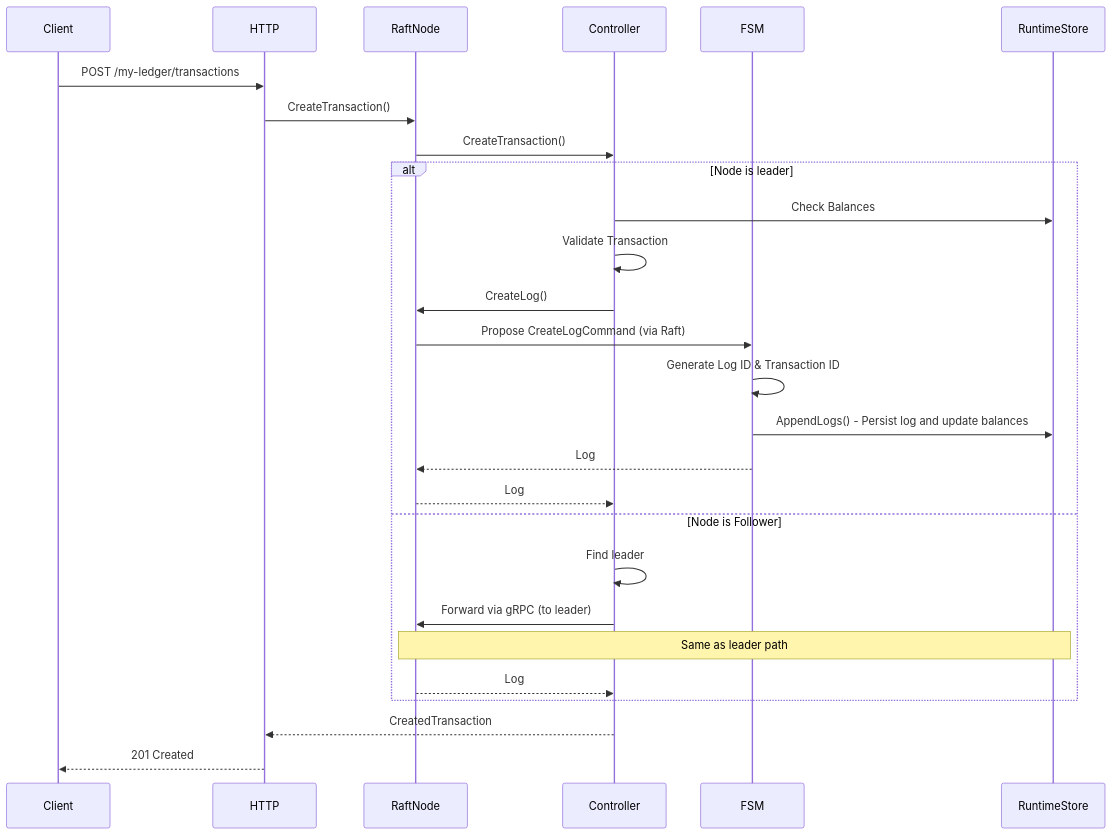
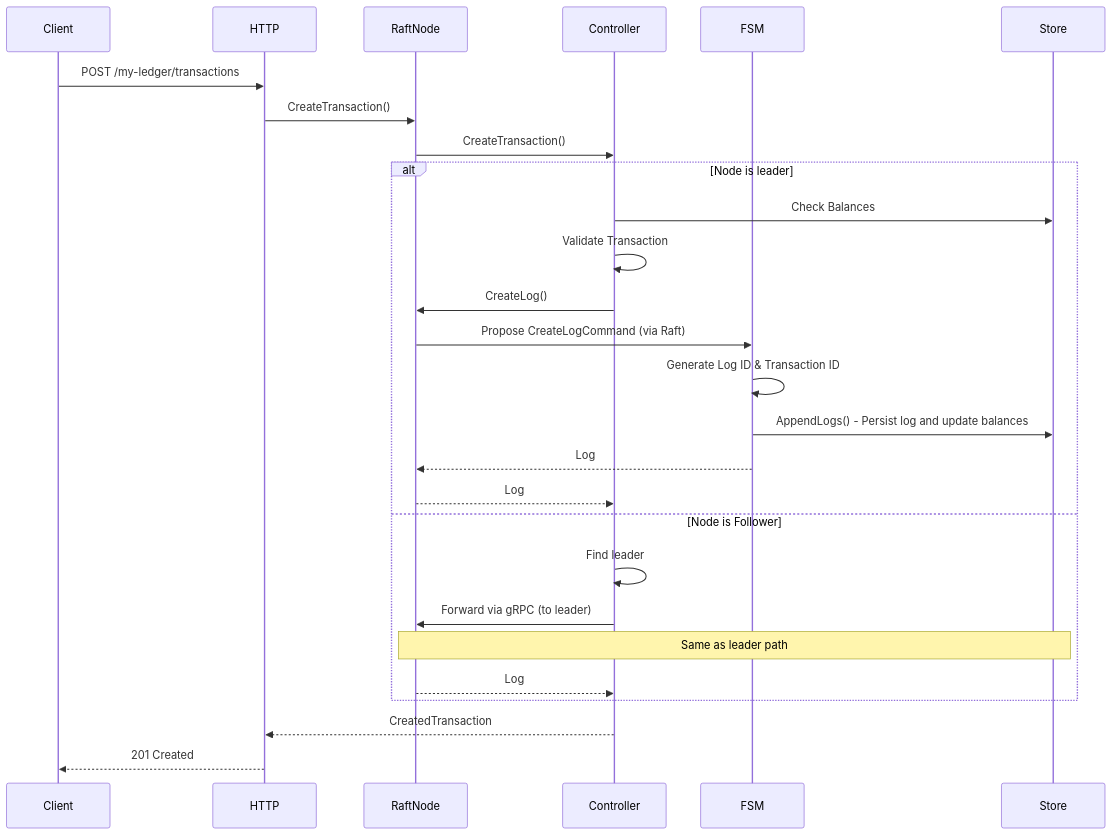
The third of 4 diagrams in docs/buckets-ledgers.md (formancehq/ledger), drawn with Mermaid before and after one commit. The commit also changed other lines of this file and 31 other files, not shown here.

````diff
--- a/docs/buckets-ledgers.md
+++ b/docs/buckets-ledgers.md
@@ -168,32 +168,32 @@
 ```mermaid
 sequenceDiagram
     participant Client
     participant HTTP
     participant RaftNode
     participant Controller
     participant FSM
-    participant RuntimeStore
+    participant Store
     
     Client->>HTTP: POST /my-ledger/transactions
     HTTP->>RaftNode: CreateTransaction()
     RaftNode->>Controller: CreateTransaction()
     
     alt Node is leader
-        Controller->>RuntimeStore: Check Balances
+        Controller->>Store: Check Balances
         Controller->>Controller: Validate Transaction
         Controller->>RaftNode: CreateLog()
         RaftNode->>FSM: Propose CreateLogCommand (via Raft)
         FSM->>FSM: Generate Log ID & Transaction ID
-        FSM->>RuntimeStore: AppendLogs() - Persist log and update balances
+        FSM->>Store: AppendLogs() - Persist log and update balances
         FSM-->>RaftNode: Log
         RaftNode-->>Controller: Log
     else Node is Follower
         Controller->>Controller: Find leader
         Controller->>RaftNode: Forward via gRPC (to leader)
-        Note over RaftNode,RuntimeStore: Same as leader path
+        Note over RaftNode,Store: Same as leader path
         RaftNode-->>Controller: Log
     end
     
     Controller-->>HTTP: CreatedTransaction
     HTTP-->>Client: 201 Created
 ```
````
